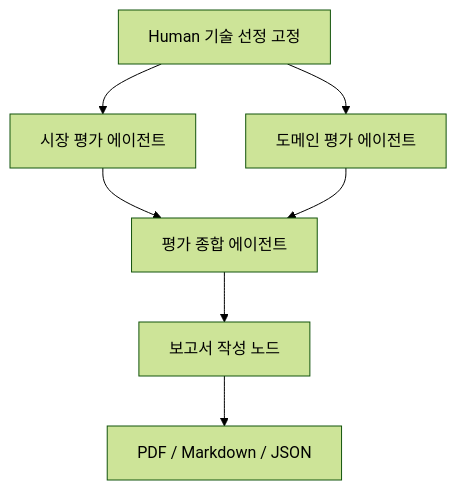
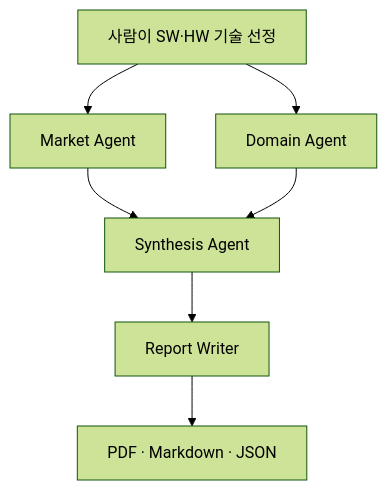
One commit to msj0726/skala_RAG_project changed the diagram in README.md. Above: the diagram before and after it, drawn with Mermaid (forest theme). The commit also changed other lines of this file, not shown here.

````diff
--- a/README.md
+++ b/README.md
@@ -47,9 +49,9 @@
 ```mermaid
 flowchart TD
-  H[Human 기술 선정 고정] --> M[시장 평가 에이전트]
-  H --> D[도메인 평가 에이전트]
-  M --> S[평가 종합 에이전트]
-  D --> S
-  S --> R[보고서 작성 노드]
-  R --> O[PDF / Markdown / JSON]
+    H[사람이 SW·HW 기술 선정] --> M[Market Agent]
+    H --> D[Domain Agent]
+    M --> S[Synthesis Agent]
+    D --> S
+    S --> R[Report Writer]
+    R --> O[PDF · Markdown · JSON]
 ```
````
